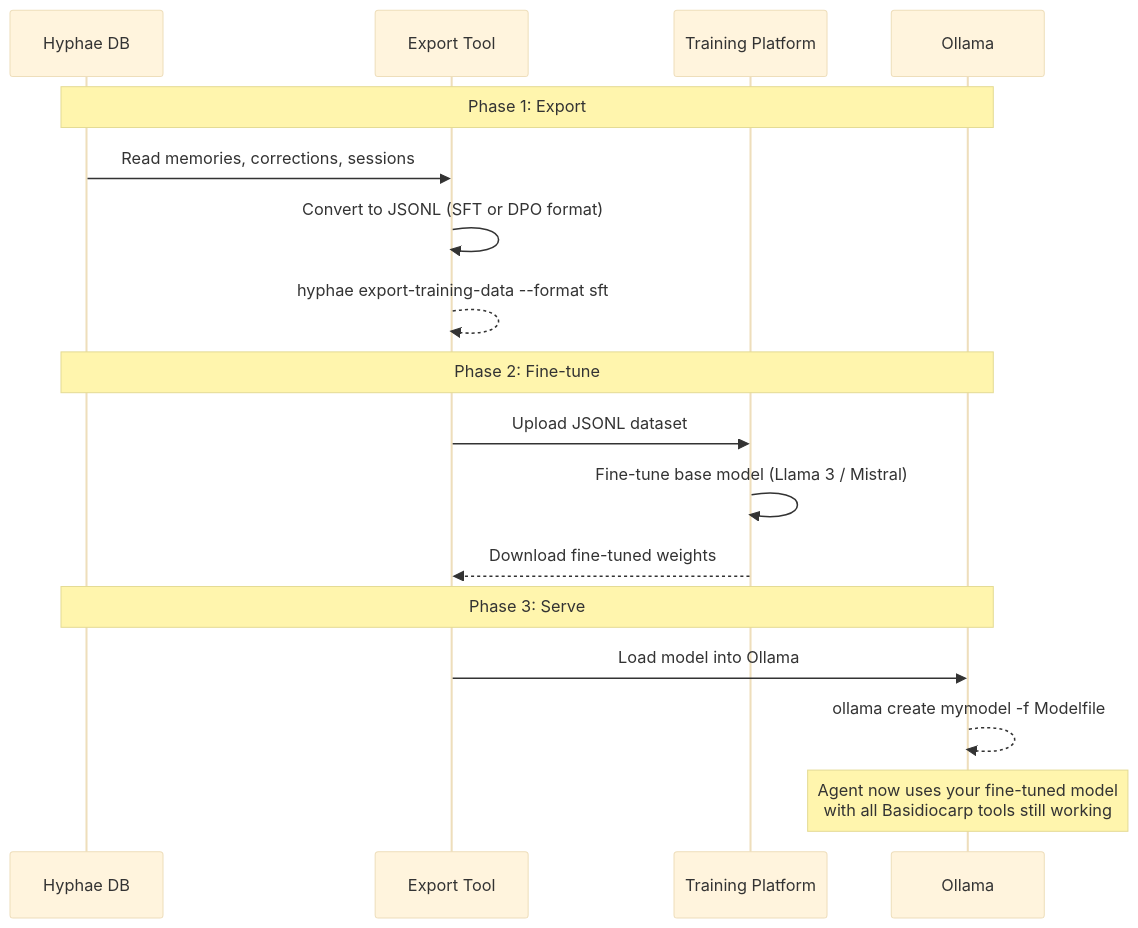
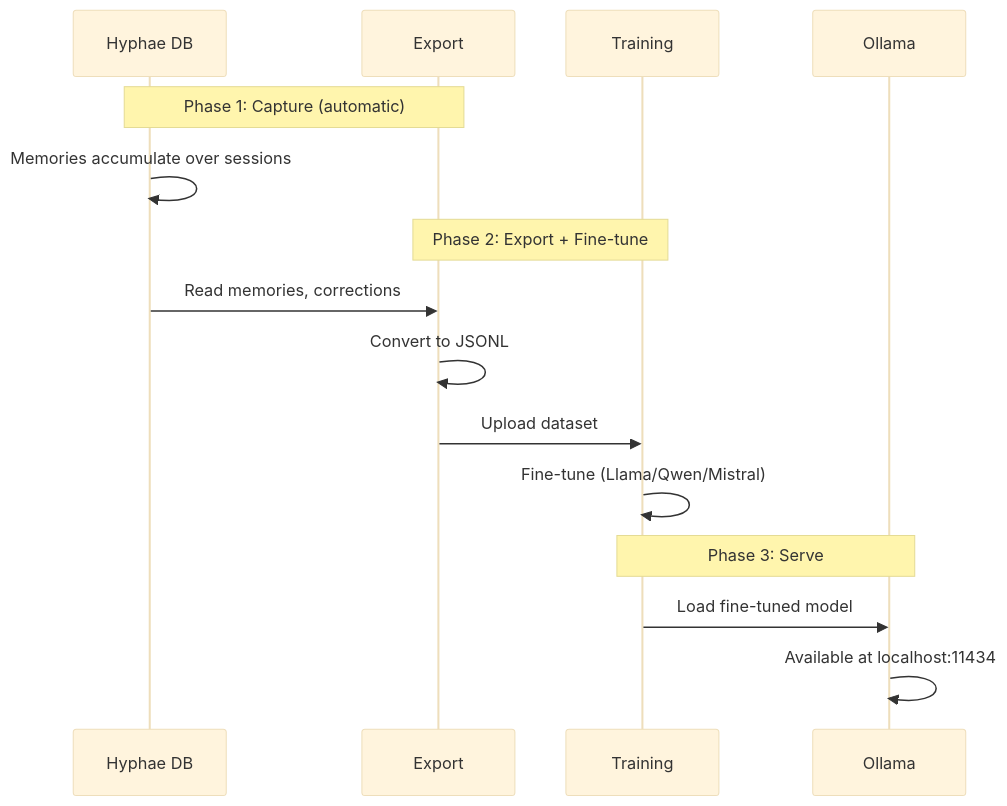
Before and after one commit to basidiocarp/.github: the second of 2 diagrams in docs/LLM-TRAINING.md, drawn with Mermaid (base theme). The commit also changed other lines of this file, not shown here.

Commit message:
docs: rewrite training guide — cleaner voice, tighter diagrams

````diff
--- a/docs/LLM-TRAINING.md
+++ b/docs/LLM-TRAINING.md
@@ -143,25 +57,20 @@
 ```mermaid
 sequenceDiagram
     participant H as Hyphae DB
-    participant E as Export Tool
-    participant P as Training Platform
+    participant E as Export
+    participant P as Training
     participant O as Ollama
 
-    Note over H,O: Phase 1: Export
+    Note over H,E: Phase 1: Capture (automatic)
+    H->>H: Memories accumulate over sessions
+    
+    Note over E,P: Phase 2: Export + Fine-tune
+    H->>E: Read memories, corrections
+    E->>E: Convert to JSONL
+    E->>P: Upload dataset
+    P->>P: Fine-tune (Llama/Qwen/Mistral)
 
-    H->>E: Read memories, corrections, sessions
-    E->>E: Convert to JSONL (SFT or DPO format)
-    E-->>E: hyphae export-training-data --format sft
-
-    Note over H,O: Phase 2: Fine-tune
-
-    E->>P: Upload JSONL dataset
-    P->>P: Fine-tune base model (Llama 3 / Mistral)
-    P-->>E: Download fine-tuned weights
-
-    Note over H,O: Phase 3: Serve
-
-    E->>O: Load model into Ollama
-    O-->>O: ollama create mymodel -f Modelfile
-    Note over O: Agent now uses your fine-tuned model<br/>with all Basidiocarp tools still working
+    Note over P,O: Phase 3: Serve
+    P->>O: Load fine-tuned model
+    O->>O: Available at localhost:11434
 ```
````
